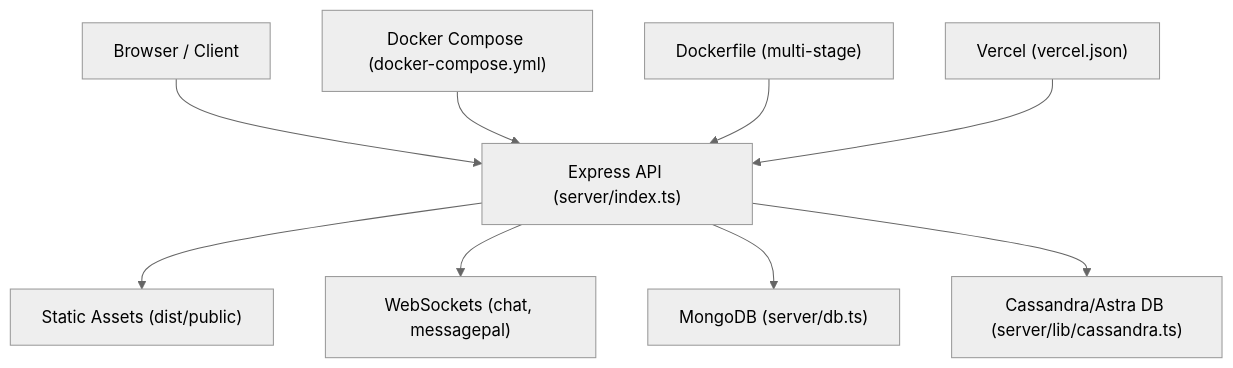
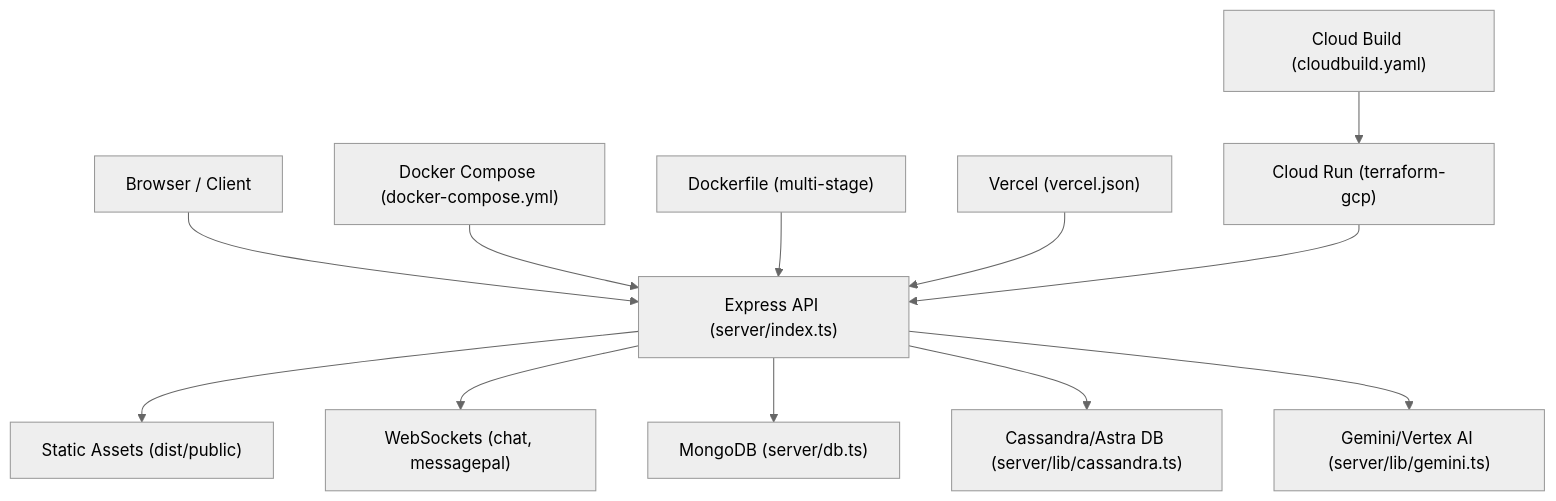
Before and after one commit to nitishssh/Class-mode: the second of 10 diagrams in docs/code-wiki/content/Deployment & DevOps/Deployment & DevOps.md, drawn with Mermaid (neutral theme). The commit also changed other lines of this file and 4 other files, not shown here.

Commit message:
docs(wiki): update architecture and deployment guides for version 1.2.0

````diff
--- a/docs/code-wiki/content/Deployment & DevOps/Deployment & DevOps.md
+++ b/docs/code-wiki/content/Deployment & DevOps/Deployment & DevOps.md
@@ -119,11 +126,14 @@
 ```mermaid
 graph TB
 Client["Browser / Client"] --> API["Express API (server/index.ts)"]
 API --> Static["Static Assets (dist/public)"]
 API --> WS["WebSockets (chat, messagepal)"]
 API --> Mongo["MongoDB (server/db.ts)"]
 API --> Cassandra["Cassandra/Astra DB (server/lib/cassandra.ts)"]
+API --> GEM["Gemini/Vertex AI (server/lib/gemini.ts)"]
 Dev["Docker Compose (docker-compose.yml)"] --> API
 Build["Dockerfile (multi-stage)"] --> API
 Deploy["Vercel (vercel.json)"] --> API
+GCP["Cloud Run (terraform-gcp)"] --> API
+CI["Cloud Build (cloudbuild.yaml)"] --> GCP
 ```
````
